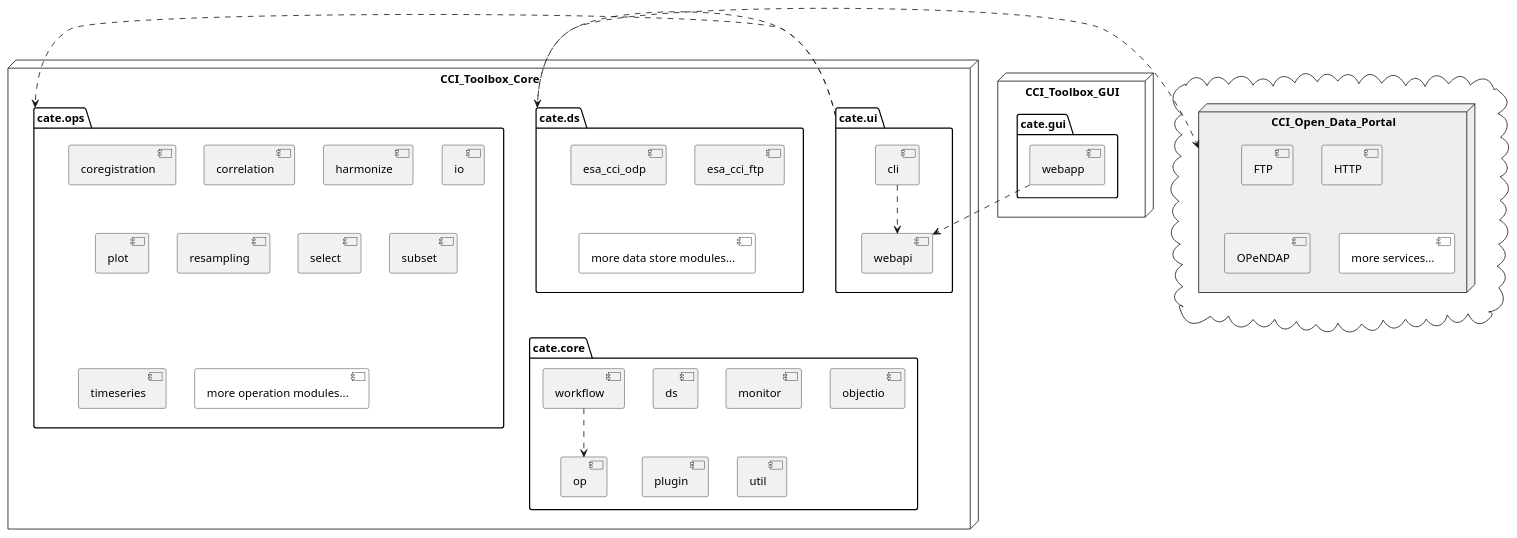
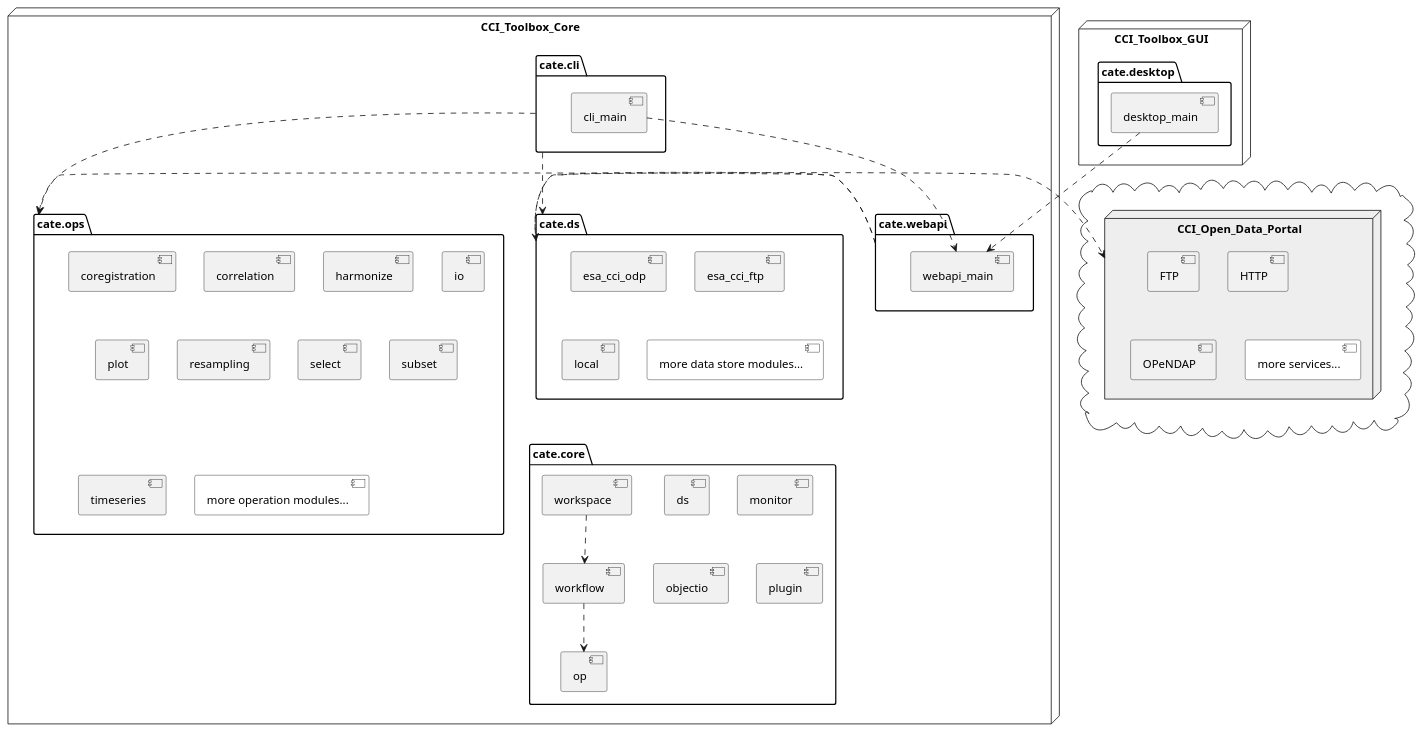
The diagram in doc/source/uml/modules.puml (CCI-Tools/cate), drawn with PlantUML before and after one commit. The commit also changed 25 other files, not shown here.

```diff
--- a/doc/source/uml/modules.puml
+++ b/doc/source/uml/modules.puml
@@ -1,65 +1,72 @@
 @startuml
 
 
 node "CCI_Toolbox_Core" {
     package "cate.ds" {
         [esa_cci_odp]
         [esa_cci_ftp]
+        [local]
         [more data store modules...] #white
     }
 
     package cate.ops {
         [coregistration]
         [correlation]
         [harmonize]
         [io]
         [plot]
         [resampling]
         [select]
         [subset]
         [timeseries]
         [more operation modules...] #white
     }
 
     package "cate.core" {
         [ds]
         [monitor]
         [objectio]
         [op]
         [plugin]
-        [util]
         [workflow]
+        [workspace]
     }
 
-    package "cate.ui" {
-        [cli]
-        [webapi]
+    package "cate.cli" {
+        [cli_main]
+    }
+
+    package "cate.webapi" {
+        [webapi_main]
     }
 }
 
 node "CCI_Toolbox_GUI" {
-    package "cate.gui" {
-        [webapp]
+    package "cate.desktop" {
+        [desktop_main]
     }
 }
 
 cloud {
 node "CCI_Open_Data_Portal" #eeeeee {
     [FTP]
     [HTTP]
     [OPeNDAP]
     [more services...] #white
 }
 }
 
-[cli] ..> [webapi]
-[webapp] ..> [webapi]
+[cli_main] ..> [webapi_main]
+[desktop_main] ..> [webapi_main]
 
+[workspace] ..> [workflow]
 [workflow] ..> [op]
 
-cate.ui .r.> cate.ops
-cate.ui .r.> cate.ds
+cate.cli .r.> cate.ops
+cate.cli .r.> cate.ds
+cate.webapi .r.> cate.ops
+cate.webapi .r.> cate.ds
 cate.ds .r.> CCI_Open_Data_Portal
 
 
 @enduml
```
